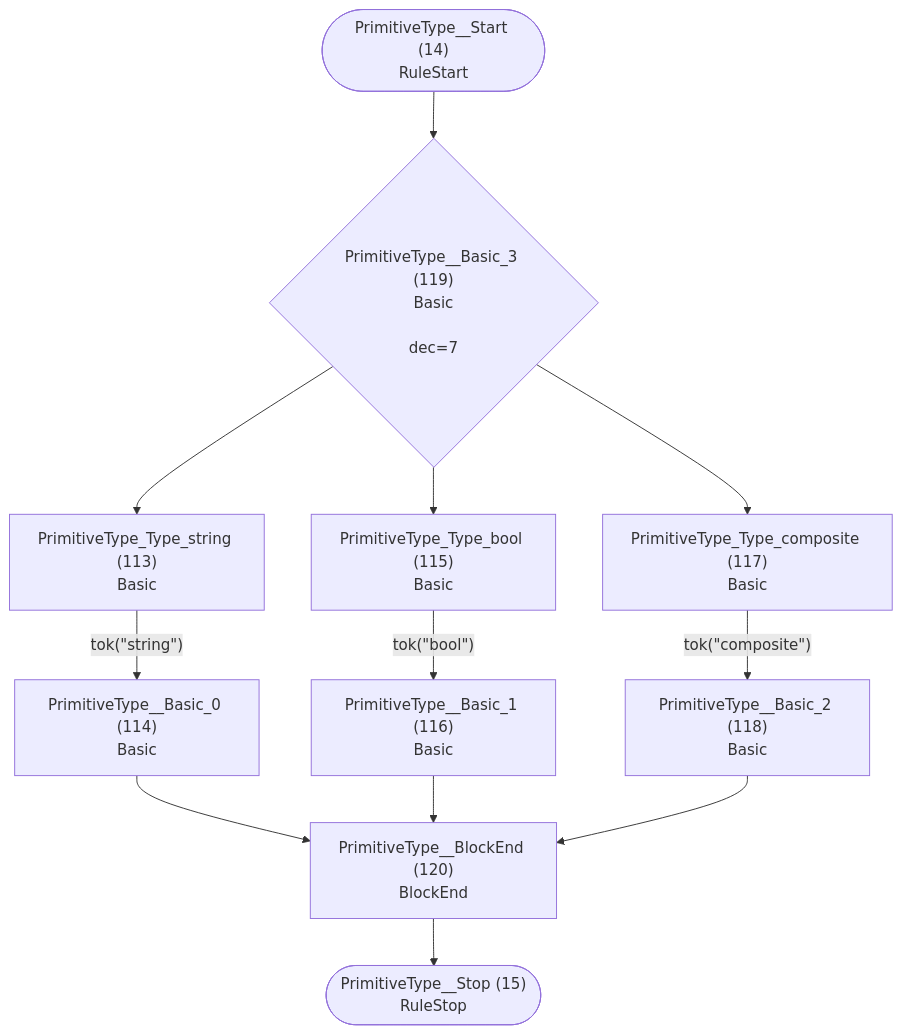
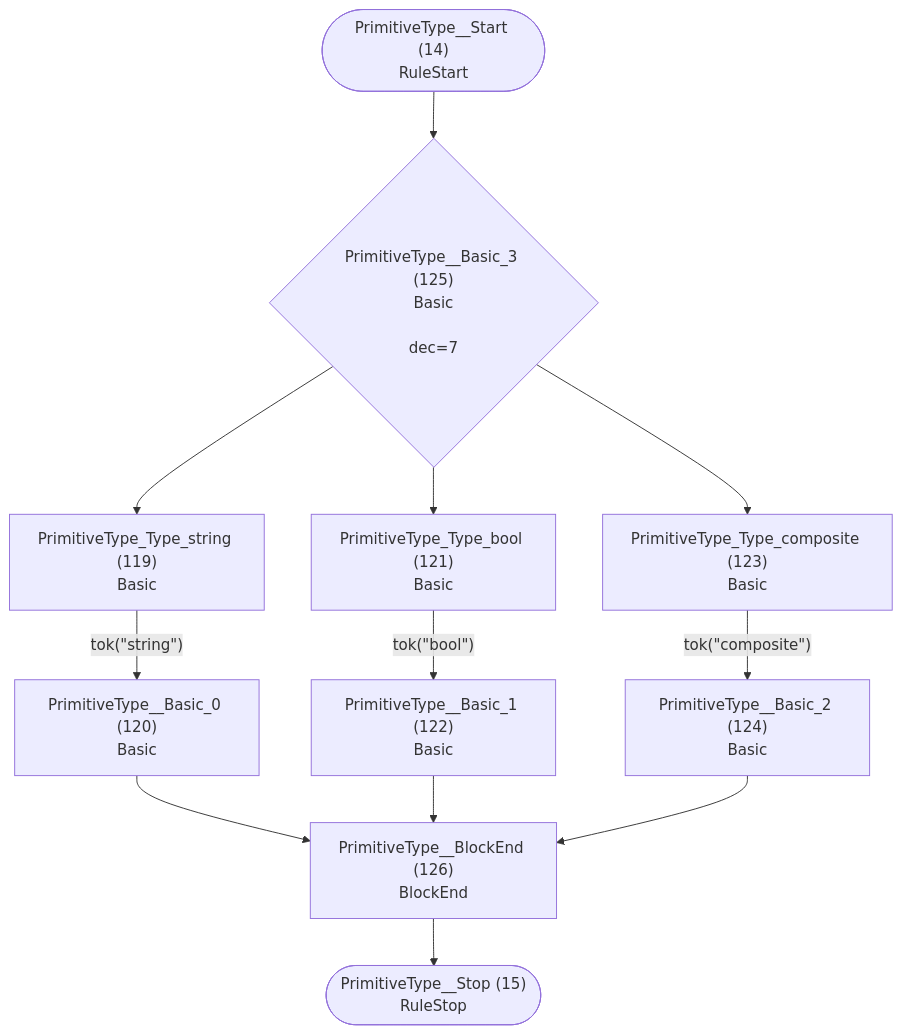
The eighth of 28 diagrams in internal/grammar/atn.md (TypeFox/fastbelt), drawn with Mermaid before and after one commit. The commit also changed other lines of this file and 8 other files, not shown here.

````diff
--- a/internal/grammar/atn.md
+++ b/internal/grammar/atn.md
@@ -209,25 +214,25 @@
 ```mermaid
 flowchart TD
     q14(["PrimitiveType__Start (14)<br/>RuleStart"])
     q15(["PrimitiveType__Stop (15)<br/>RuleStop"])
-    q113["PrimitiveType_Type_string (113)<br/>Basic<br/>"]
-    q114["PrimitiveType__Basic_0 (114)<br/>Basic<br/>"]
-    q115["PrimitiveType_Type_bool (115)<br/>Basic<br/>"]
-    q116["PrimitiveType__Basic_1 (116)<br/>Basic<br/>"]
-    q117["PrimitiveType_Type_composite (117)<br/>Basic<br/>"]
-    q118["PrimitiveType__Basic_2 (118)<br/>Basic<br/>"]
-    q119{"PrimitiveType__Basic_3 (119)<br/>Basic<br/><br/>dec=7"}
-    q120["PrimitiveType__BlockEnd (120)<br/>BlockEnd<br/>"]
+    q119["PrimitiveType_Type_string (119)<br/>Basic<br/>"]
+    q120["PrimitiveType__Basic_0 (120)<br/>Basic<br/>"]
+    q121["PrimitiveType_Type_bool (121)<br/>Basic<br/>"]
+    q122["PrimitiveType__Basic_1 (122)<br/>Basic<br/>"]
+    q123["PrimitiveType_Type_composite (123)<br/>Basic<br/>"]
+    q124["PrimitiveType__Basic_2 (124)<br/>Basic<br/>"]
+    q125{"PrimitiveType__Basic_3 (125)<br/>Basic<br/><br/>dec=7"}
+    q126["PrimitiveType__BlockEnd (126)<br/>BlockEnd<br/>"]
 
-    q14 --> q119
-    q113 -->|"tok(&quot;string&quot;)"| q114
-    q114 --> q120
-    q115 -->|"tok(&quot;bool&quot;)"| q116
-    q116 --> q120
-    q117 -->|"tok(&quot;composite&quot;)"| q118
-    q118 --> q120
-    q119 --> q113
-    q119 --> q115
-    q119 --> q117
-    q120 --> q15
+    q14 --> q125
+    q119 -->|"tok(&quot;string&quot;)"| q120
+    q120 --> q126
+    q121 -->|"tok(&quot;bool&quot;)"| q122
+    q122 --> q126
+    q123 -->|"tok(&quot;composite&quot;)"| q124
+    q124 --> q126
+    q125 --> q119
+    q125 --> q121
+    q125 --> q123
+    q126 --> q15
 ```
````
